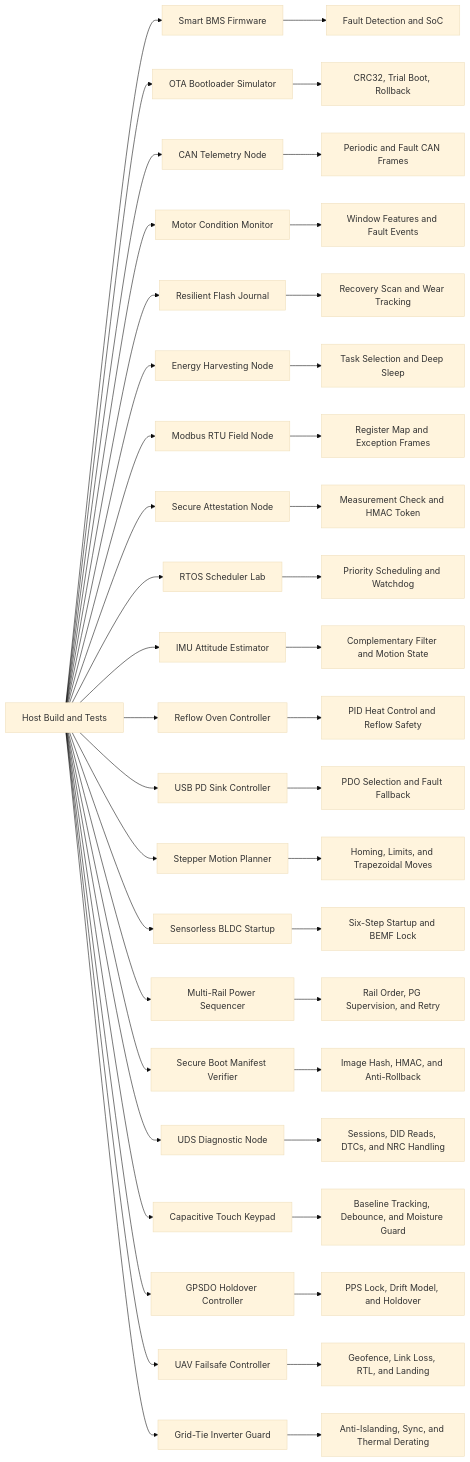
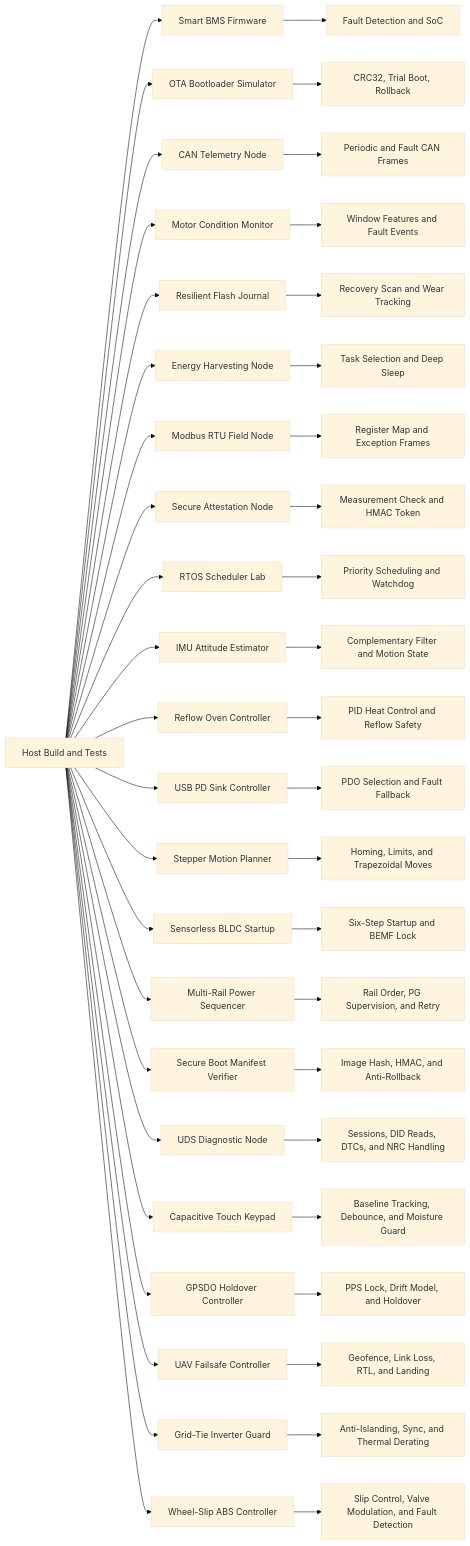
The diagram in README.md (akifitu/embedded-systems-collection), drawn with Mermaid (base theme) before and after one commit. The commit also changed other lines of this file and 16 other files, not shown here.

Commit message:
Add wheel-slip ABS controller project

````diff
--- a/README.md
+++ b/README.md
@@ -39,45 +40,47 @@
 ```mermaid
 flowchart LR
     Host[Host Build and Tests] --> BMS[Smart BMS Firmware]
     Host --> OTA[OTA Bootloader Simulator]
     Host --> CAN[CAN Telemetry Node]
     Host --> MCM[Motor Condition Monitor]
     Host --> RFJ[Resilient Flash Journal]
     Host --> EHN[Energy Harvesting Node]
     Host --> MB[Modbus RTU Field Node]
     Host --> SAN[Secure Attestation Node]
     Host --> RTOS[RTOS Scheduler Lab]
     Host --> IMU[IMU Attitude Estimator]
     Host --> RO[Reflow Oven Controller]
     Host --> PD[USB PD Sink Controller]
     Host --> SMP[Stepper Motion Planner]
     Host --> BLDC[Sensorless BLDC Startup]
     Host --> PSEQ[Multi-Rail Power Sequencer]
     Host --> SBV[Secure Boot Manifest Verifier]
     Host --> UDS[UDS Diagnostic Node]
     Host --> TOUCH[Capacitive Touch Keypad]
     Host --> GPSDO[GPSDO Holdover Controller]
     Host --> UAV[UAV Failsafe Controller]
     Host --> INV[Grid-Tie Inverter Guard]
+    Host --> ABS[Wheel-Slip ABS Controller]
     BMS --> Safety[Fault Detection and SoC]
     OTA --> Reliability[CRC32, Trial Boot, Rollback]
     CAN --> VehicleBus[Periodic and Fault CAN Frames]
     MCM --> Predictive[Window Features and Fault Events]
     RFJ --> Persistence[Recovery Scan and Wear Tracking]
     EHN --> Power[Task Selection and Deep Sleep]
     MB --> Industrial[Register Map and Exception Frames]
     SAN --> Trust[Measurement Check and HMAC Token]
     RTOS --> Timing[Priority Scheduling and Watchdog]
     IMU --> Fusion[Complementary Filter and Motion State]
     RO --> Thermal[PID Heat Control and Reflow Safety]
     PD --> Negotiation[PDO Selection and Fault Fallback]
     SMP --> Motion[Homing, Limits, and Trapezoidal Moves]
     BLDC --> Drive[Six-Step Startup and BEMF Lock]
     PSEQ --> BoardPower[Rail Order, PG Supervision, and Retry]
     SBV --> Chain[Image Hash, HMAC, and Anti-Rollback]
     UDS --> Diag[Sessions, DID Reads, DTCs, and NRC Handling]
     TOUCH --> HMI[Baseline Tracking, Debounce, and Moisture Guard]
     GPSDO --> Timing2[PPS Lock, Drift Model, and Holdover]
     UAV --> Flight[Geofence, Link Loss, RTL, and Landing]
     INV --> GridPower[Anti-Islanding, Sync, and Thermal Derating]
+    ABS --> Chassis[Slip Control, Valve Modulation, and Fault Detection]
 ```
````
